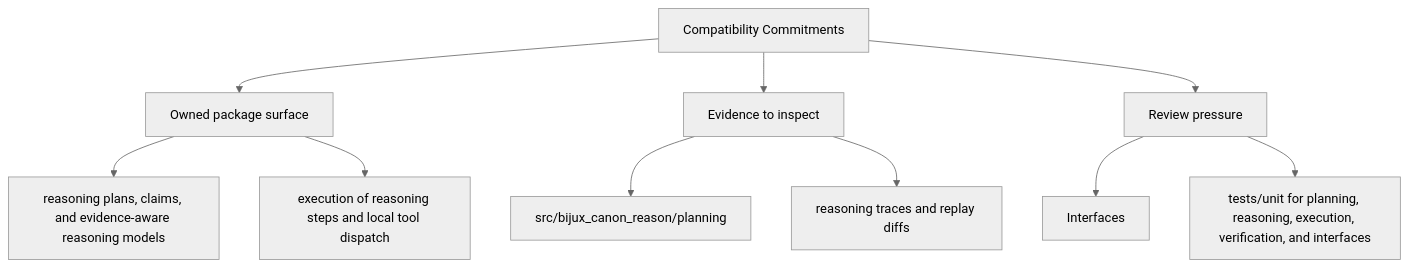
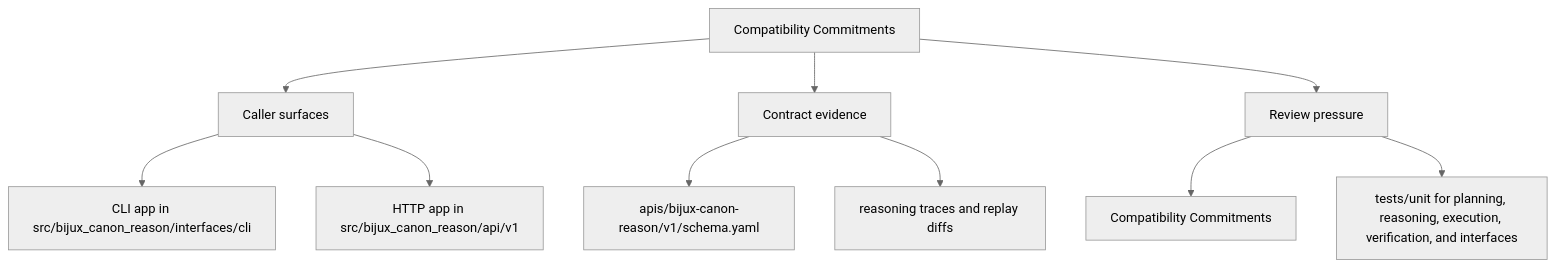
One commit to bijux/bijux-canon changed the second of 2 diagrams in docs/bijux-canon-reason/interfaces/compatibility-commitments.md. Above: the diagram before and after it, drawn with Mermaid (neutral theme). The commit also changed other lines of this file and 250 other files, not shown here.

Commit message:
docs(diagrams): make product page maps more readable

````diff
--- a/docs/bijux-canon-reason/interfaces/compatibility-commitments.md
+++ b/docs/bijux-canon-reason/interfaces/compatibility-commitments.md
@@ -35,22 +35,22 @@
 ```mermaid
 flowchart TD
     page["Compatibility Commitments"]
-    focus1["Owned package surface"]
+    focus1["Caller surfaces"]
     page --> focus1
-    focus1_1["reasoning plans, claims, and evidence-aware reasoning models"]
+    focus1_1["CLI app in src/bijux_canon_reason/interfaces/cli"]
     focus1 --> focus1_1
-    focus1_2["execution of reasoning steps and local tool dispatch"]
+    focus1_2["HTTP app in src/bijux_canon_reason/api/v1"]
     focus1 --> focus1_2
-    focus2["Evidence to inspect"]
+    focus2["Contract evidence"]
     page --> focus2
-    focus2_1["src/bijux_canon_reason/planning"]
+    focus2_1["apis/bijux-canon-reason/v1/schema.yaml"]
     focus2 --> focus2_1
     focus2_2["reasoning traces and replay diffs"]
     focus2 --> focus2_2
     focus3["Review pressure"]
     page --> focus3
-    focus3_1["Interfaces"]
+    focus3_1["Compatibility Commitments"]
     focus3 --> focus3_1
     focus3_2["tests/unit for planning, reasoning, execution, verification, and interfaces"]
     focus3 --> focus3_2
 ```
````
